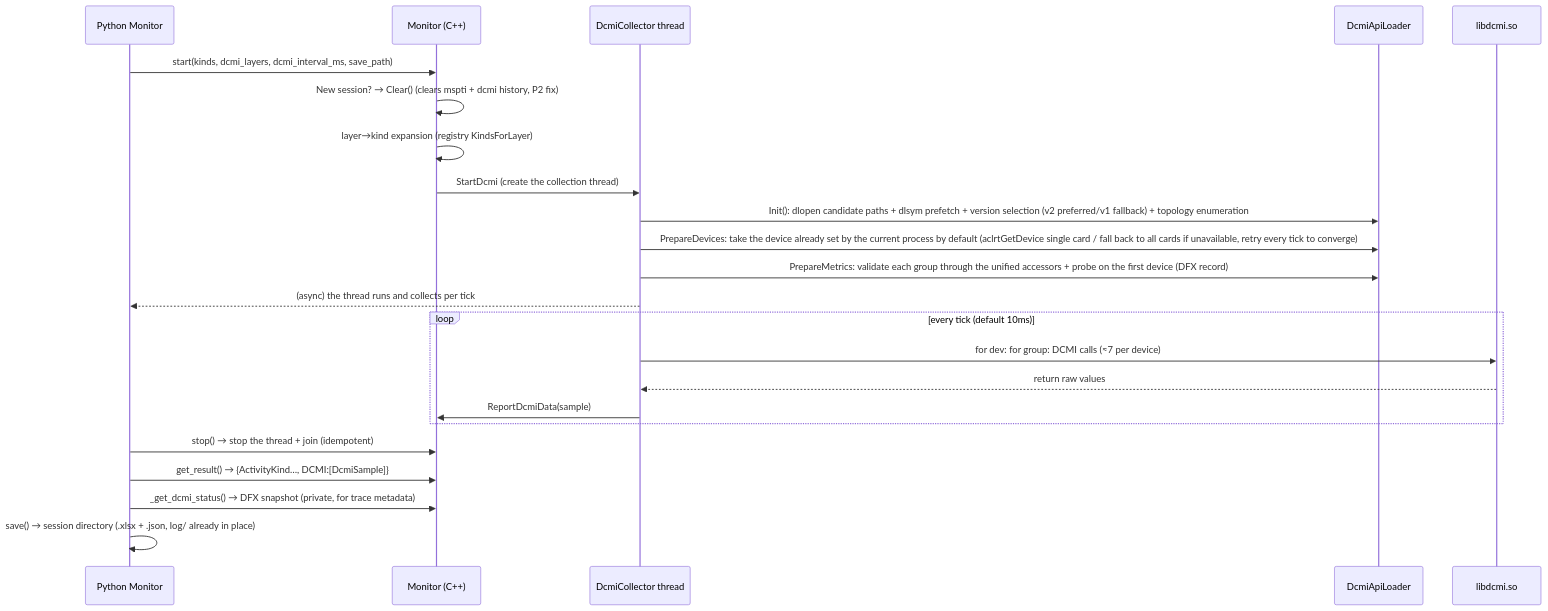
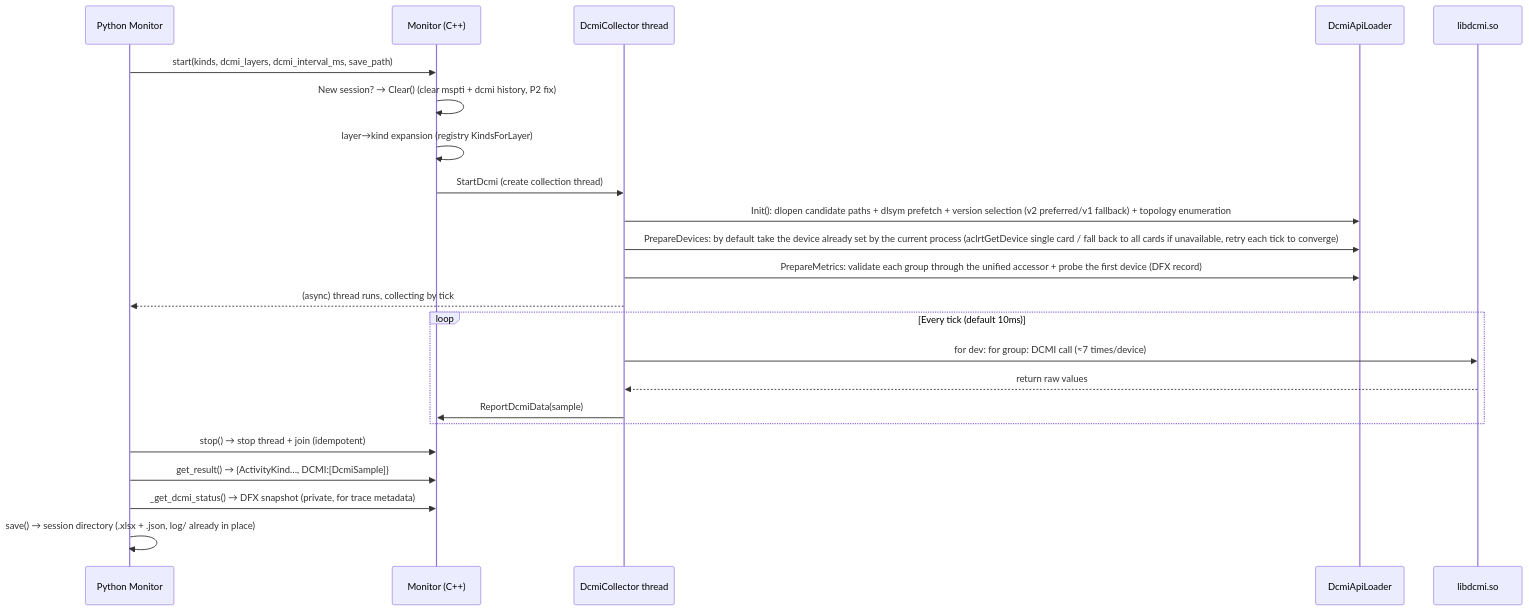
Before and after one commit to Ascend/msmonitor: the second of 6 diagrams in docs/en/design/dcmi_chrome_trace_plan.md, drawn with Mermaid. The commit also changed other lines of this file and 19 other files, not shown here.

````diff
--- a/docs/en/design/dcmi_chrome_trace_plan.md
+++ b/docs/en/design/dcmi_chrome_trace_plan.md
@@ -108,26 +108,26 @@
 ```mermaid
 sequenceDiagram
     participant PY as Python Monitor
     participant C as Monitor (C++)
     participant COL as DcmiCollector thread
     participant L as DcmiApiLoader
     participant HW as libdcmi.so
 
     PY->>C: start(kinds, dcmi_layers, dcmi_interval_ms, save_path)
-    C->>C: New session? → Clear() (clears mspti + dcmi history, P2 fix)
+    C->>C: New session? → Clear() (clear mspti + dcmi history, P2 fix)
     C->>C: layer→kind expansion (registry KindsForLayer)
-    C->>COL: StartDcmi (create the collection thread)
+    C->>COL: StartDcmi (create collection thread)
     COL->>L: Init(): dlopen candidate paths + dlsym prefetch + version selection (v2 preferred/v1 fallback) + topology enumeration
-    COL->>L: PrepareDevices: take the device already set by the current process by default (aclrtGetDevice single card / fall back to all cards if unavailable, retry every tick to converge)
-    COL->>L: PrepareMetrics: validate each group through the unified accessors + probe on the first device (DFX record)
-    COL-->>PY: (async) the thread runs and collects per tick
-    loop every tick (default 10ms)
-        COL->>HW: for dev: for group: DCMI calls (≈7 per device)
+    COL->>L: PrepareDevices: by default take the device already set by the current process (aclrtGetDevice single card / fall back to all cards if unavailable, retry each tick to converge)
+    COL->>L: PrepareMetrics: validate each group through the unified accessor + probe the first device (DFX record)
+    COL-->>PY: (async) thread runs, collecting by tick
+    loop Every tick (default 10ms)
+        COL->>HW: for dev: for group: DCMI call (≈7 times/device)
         HW-->>COL: return raw values
         COL->>C: ReportDcmiData(sample)
     end
-    PY->>C: stop() → stop the thread + join (idempotent)
+    PY->>C: stop() → stop thread + join (idempotent)
     PY->>C: get_result() → {ActivityKind…, DCMI:[DcmiSample]}
     PY->>C: _get_dcmi_status() → DFX snapshot (private, for trace metadata)
     PY->>PY: save() → session directory (.xlsx + .json, log/ already in place)
 ```
````
